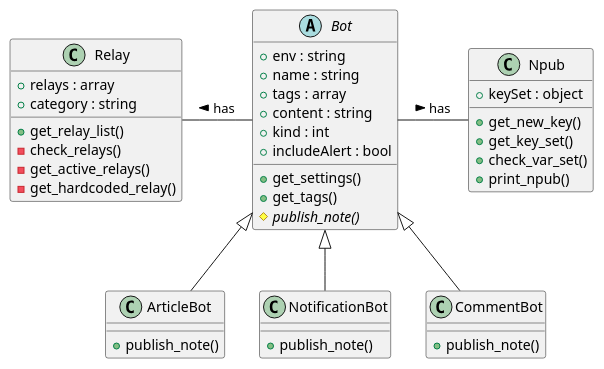
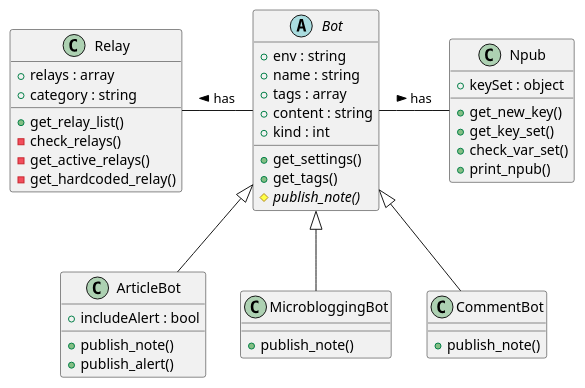
One commit to ShadowySupercode/gitcitadel changed the diagram in plantUML/Nostrbots/Nostrbots_Classes.puml. Above: the diagram before and after it, drawn with PlantUML.

Commit message:
add alert to Nostrobots classes

```diff
--- a/plantUML/Nostrbots/Nostrbots_Classes.puml
+++ b/plantUML/Nostrbots/Nostrbots_Classes.puml
@@ -1,64 +1,63 @@
 @startuml Nostrbots Class Diagram
 
 class Relay {
 
   + relays : array
   + category : string
-  
   + get_relay_list()
   - check_relays()  
   - get_active_relays()
   - get_hardcoded_relay()
   
 }
 
 abstract Bot {
 
   + env : string
   + name : string
   + tags : array
   + content : string
   + kind : int
-  + includeAlert : bool
-
   + get_settings()
   + get_tags()
   # {abstract} publish_note()
 
 }
 
 class ArticleBot {
 
+  + includeAlert : bool
   + publish_note()
+  + publish_alert()
 
 }
 
-class NotificationBot {
+class MicrobloggingBot {
 
   + publish_note()
   
 }
 
 class CommentBot {
 
   + publish_note()
 
 }
 
 class Npub {
 
   + keySet : object
   + get_new_key()
   + get_key_set()
   + check_var_set()
   + print_npub()
 
 }
 Bot <|-- ArticleBot
 Bot <|-- CommentBot
-Bot <|-- NotificationBot
+Bot <|-- MicrobloggingBot
 
 Relay - Bot : has <
 Bot - Npub : has >
 
 @enduml
```
